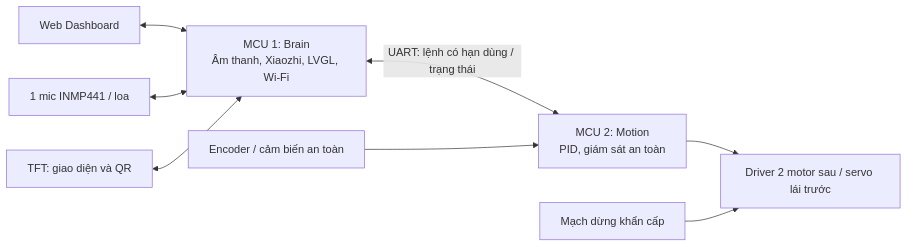
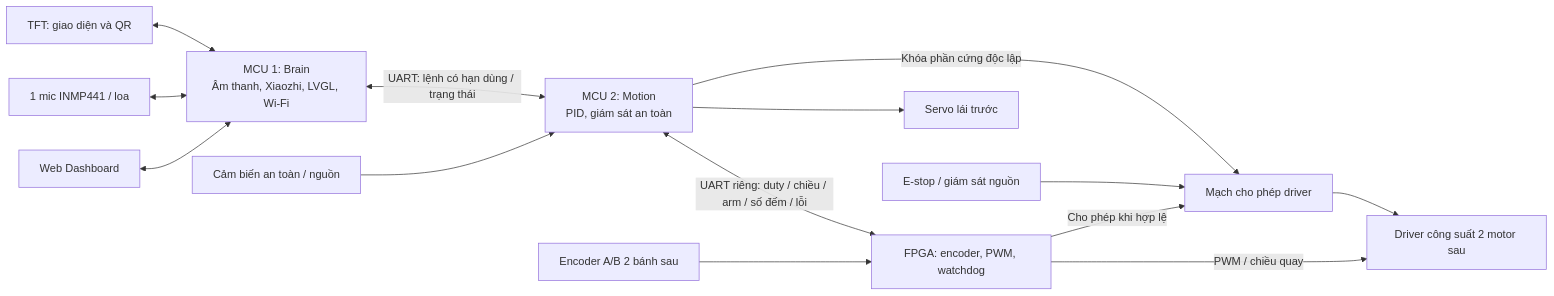
One commit to TuanDanny/AW-Car changed the diagram in README.md. Above: the diagram before and after it, drawn with Mermaid. The commit also changed other lines of this file and 8 other files, not shown here.

Commit message:
docs: define FPGA drivetrain architecture and validation plan

````diff
--- a/README.md
+++ b/README.md
@@ -55,10 +62,16 @@
 ```mermaid
 flowchart LR
     Web[Web Dashboard] <--> Brain["MCU 1: Brain\nÂm thanh, Xiaozhi, LVGL, Wi-Fi"]
     Audio["1 mic INMP441 / loa"] <--> Brain
     TFT["TFT: giao diện và QR"] <--> Brain
     Brain <-->|"UART: lệnh có hạn dùng / trạng thái"| Motion["MCU 2: Motion\nPID, giám sát an toàn"]
-    Sensors["Encoder / cảm biến an toàn"] --> Motion
-    Motion --> Drive["Driver 2 motor sau / servo lái trước"]
-    Stop["Mạch dừng khẩn cấp"] --> Drive
+    Sensors["Cảm biến an toàn / nguồn"] --> Motion
+    Encoder["Encoder A/B 2 bánh sau"] --> FPGA["FPGA: encoder, PWM, watchdog"]
+    Motion <-->|"UART riêng: duty / chiều / arm / số đếm / lỗi"| FPGA
+    FPGA -->|"PWM / chiều quay"| Drive["Driver công suất 2 motor sau"]
+    Motion --> Servo["Servo lái trước"]
+    Motion -->|"Khóa phần cứng độc lập"| Gate["Mạch cho phép driver"]
+    FPGA -->|"Cho phép khi hợp lệ"| Gate
+    Stop["E-stop / giám sát nguồn"] --> Gate
+    Gate --> Drive
 ```
````
